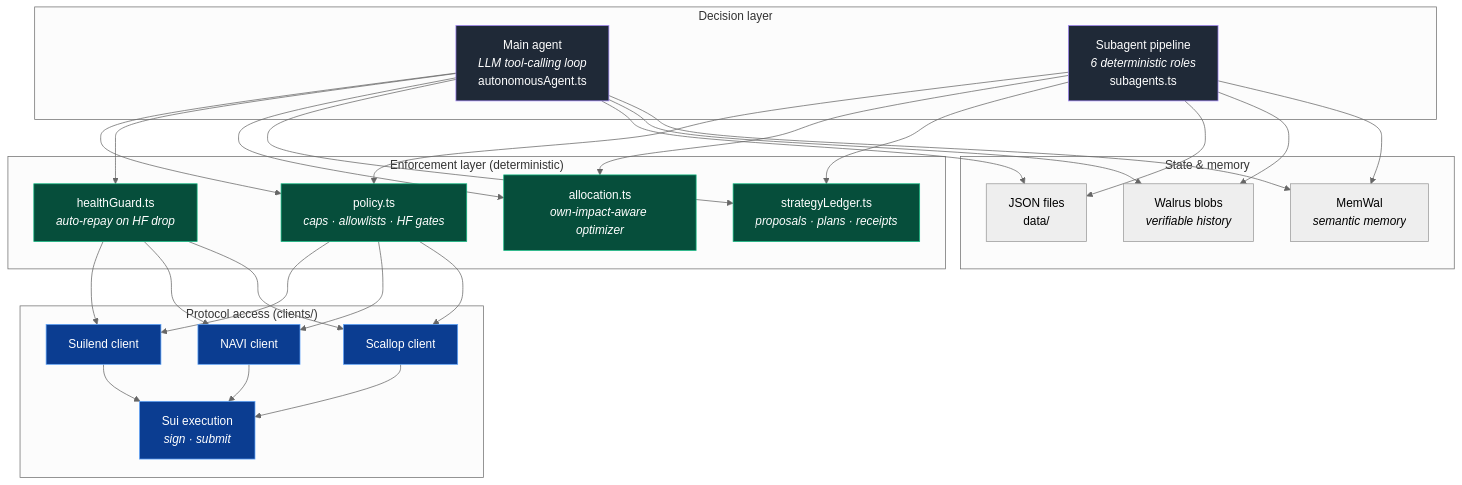
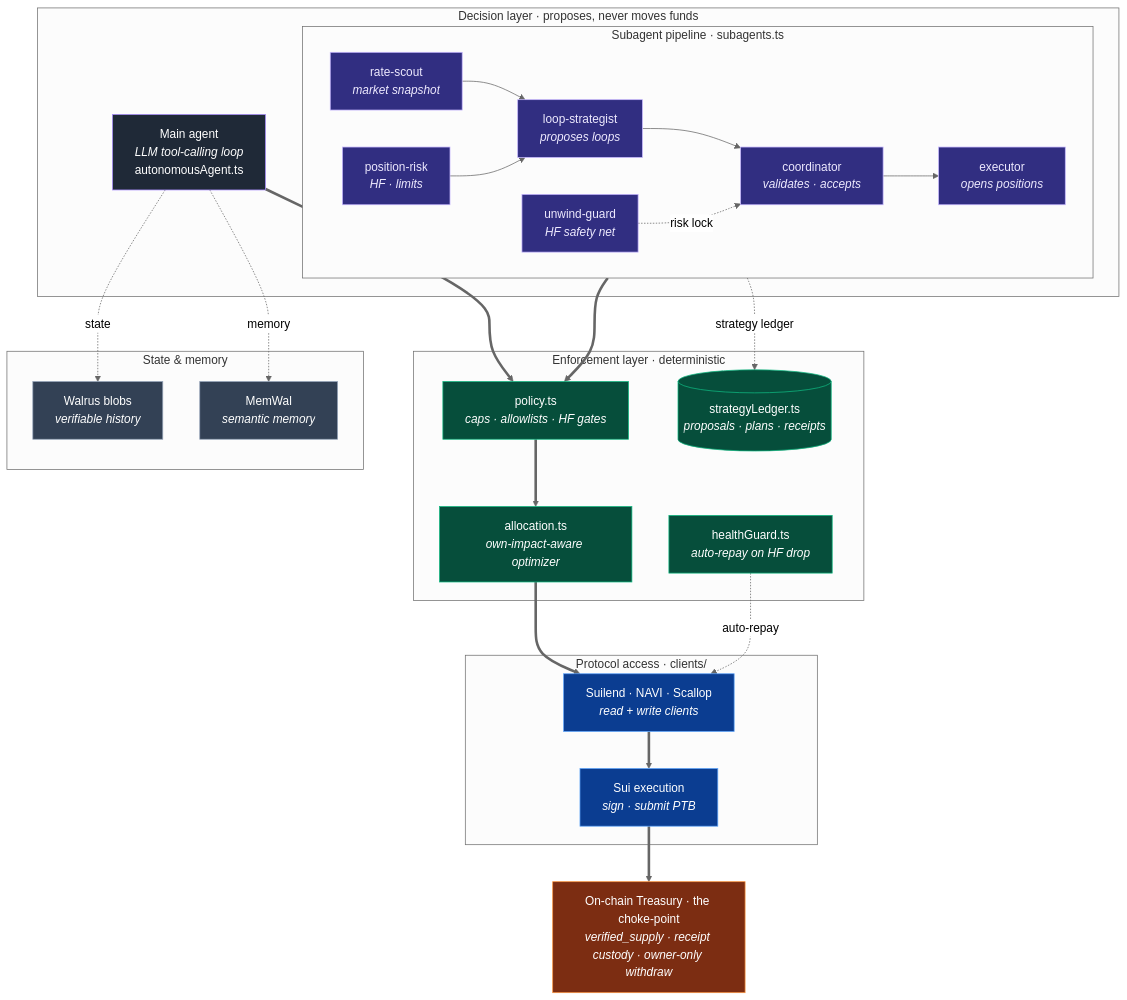
One commit to speedxgul/looping-agent changed the diagram in docs/architecture.md. Above: the diagram before and after it, drawn with Mermaid (neutral theme). The commit also changed other lines of this file and 1 other file, not shown here.

Commit message:
Enhance architecture documentation
- Expanded the architecture section in README.md and docs/architecture.md to provide a detailed overview of the decision and enforcement layers, including a comprehensive mermaid diagram illustrating the fund flow and component interactions.
- Clarified the roles of the main agent and subagents within the decision-making process, emphasizing the separation of concerns between proposing and executing fund movements.

````diff
--- a/docs/architecture.md
+++ b/docs/architecture.md
@@ -27,41 +30,60 @@
 ```mermaid
 flowchart TB
-    subgraph DECIDE["Decision layer"]
+    subgraph DECIDE["Decision layer · proposes, never moves funds"]
         Main["Main agent<br/><i>LLM tool-calling loop</i><br/>autonomousAgent.ts"]
-        Pipe["Subagent pipeline<br/><i>6 deterministic roles</i><br/>subagents.ts"]
+        subgraph PIPE["Subagent pipeline · subagents.ts"]
+            direction LR
+            RS["rate-scout<br/><i>market snapshot</i>"]
+            PR["position-risk<br/><i>HF · limits</i>"]
+            LS["loop-strategist<br/><i>proposes loops</i>"]
+            CO["coordinator<br/><i>validates · accepts</i>"]
+            EX["executor<br/><i>opens positions</i>"]
+            UG["unwind-guard<br/><i>HF safety net</i>"]
+            RS --> LS
+            PR --> LS
+            LS --> CO --> EX
+            UG -. risk lock .-> CO
+        end
     end
 
-    subgraph ENFORCE["Enforcement layer (deterministic)"]
+    subgraph ENFORCE["Enforcement layer · deterministic"]
         Policy["policy.ts<br/><i>caps · allowlists · HF gates</i>"]
+        Alloc["allocation.ts<br/><i>own-impact-aware optimizer</i>"]
         Health["healthGuard.ts<br/><i>auto-repay on HF drop</i>"]
-        Alloc["allocation.ts<br/><i>own-impact-aware optimizer</i>"]
-        Ledger["strategyLedger.ts<br/><i>proposals · plans · receipts</i>"]
+        Ledger[("strategyLedger.ts<br/><i>proposals · plans · receipts</i>")]
     end
 
-    subgraph ACCESS["Protocol access (clients/)"]
-        Suilend["Suilend client"]
-        Navi["NAVI client"]
-        Scallop["Scallop client"]
-        Sui["Sui execution<br/><i>sign · submit</i>"]
+    subgraph ACCESS["Protocol access · clients/"]
+        Clients["Suilend · NAVI · Scallop<br/><i>read + write clients</i>"]
+        Sui["Sui execution<br/><i>sign · submit PTB</i>"]
     end
 
+    Chain["On-chain Treasury · the choke-point<br/><i>verified_supply · receipt custody · owner-only withdraw</i>"]
+
     subgraph STATE["State & memory"]
-        File["JSON files<br/>data/"]
         Walrus["Walrus blobs<br/><i>verifiable history</i>"]
         MemWal["MemWal<br/><i>semantic memory</i>"]
     end
 
-    Main --> Policy & Health & Alloc & Ledger
-    Pipe --> Policy & Alloc & Ledger
-    Policy --> Suilend & Navi & Scallop
-    Health --> Suilend & Navi & Scallop
-    Suilend & Navi & Scallop --> Sui
-    Main & Pipe --> File & Walrus & MemWal
+    Main ==> Policy
+    EX ==> Policy
+    CO -. strategy ledger .-> Ledger
+    Policy ==> Alloc ==> Clients
+    Health -. auto-repay .-> Clients
+    Clients ==> Sui ==> Chain
+    Main -. state .-> Walrus
+    Main -. memory .-> MemWal
 
     classDef decide fill:#1f2937,stroke:#a78bfa,color:#fff;
+    classDef sub fill:#312e81,stroke:#c4b5fd,color:#ede9fe;
     classDef enforce fill:#064e3b,stroke:#10b981,color:#fff;
     classDef access fill:#0b3d91,stroke:#60a5fa,color:#fff;
-    class Main,Pipe decide;
-    class Policy,Health,Alloc,Ledger enforce;
-    class Suilend,Navi,Scallop,Sui access;
+    classDef chain fill:#7c2d12,stroke:#fb923c,color:#fff;
+    classDef state fill:#334155,stroke:#94a3b8,color:#fff;
+    class Main decide;
+    class RS,PR,LS,CO,EX,UG sub;
+    class Policy,Alloc,Health,Ledger enforce;
+    class Clients,Sui access;
+    class Chain chain;
+    class Walrus,MemWal state;
 ```
````
